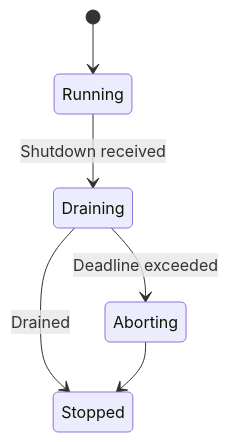
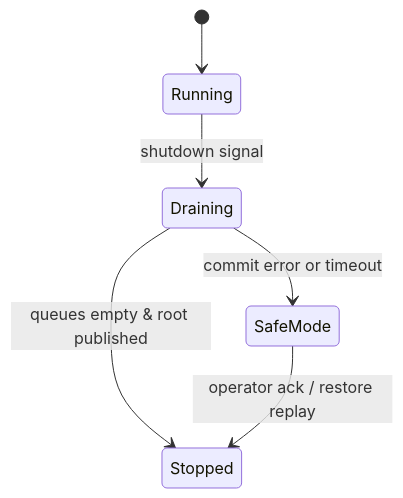
Before and after one commit to Y3LLOWVESTS/rustyonions: the diagram in crates/ron-ledger/docs/CONCURRENCY.MD, drawn with Mermaid. The commit also changed other lines of this file and 55 other files, not shown here.

````diff
--- a/crates/ron-ledger/docs/CONCURRENCY.MD
+++ b/crates/ron-ledger/docs/CONCURRENCY.MD
@@ -143,8 +124,8 @@
 ```mermaid
 stateDiagram-v2
   [*] --> Running
-  Running --> Draining: Shutdown received
-  Draining --> Aborting: Deadline exceeded
-  Draining --> Stopped: Drained
-  Aborting --> Stopped
+  Running --> Draining: shutdown signal
+  Draining --> SafeMode: commit error or timeout
+  Draining --> Stopped: queues empty & root published
+  SafeMode --> Stopped: operator ack / restore replay
 ```
````
